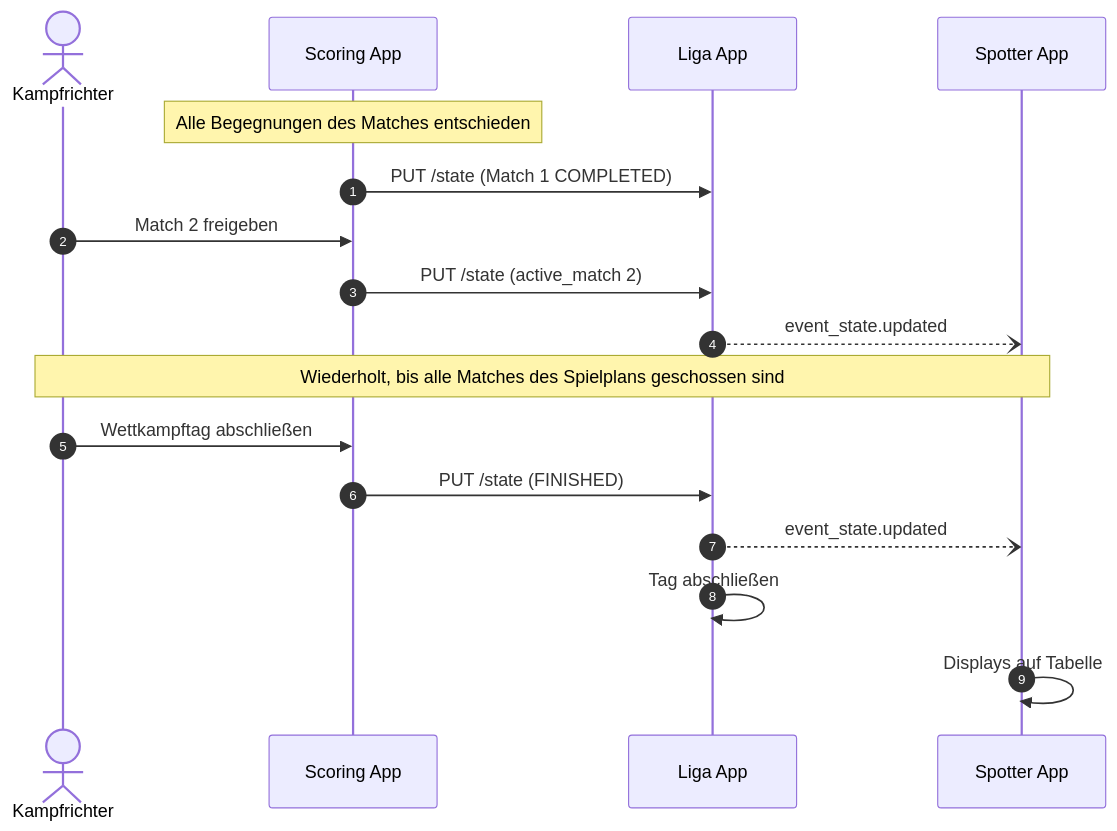
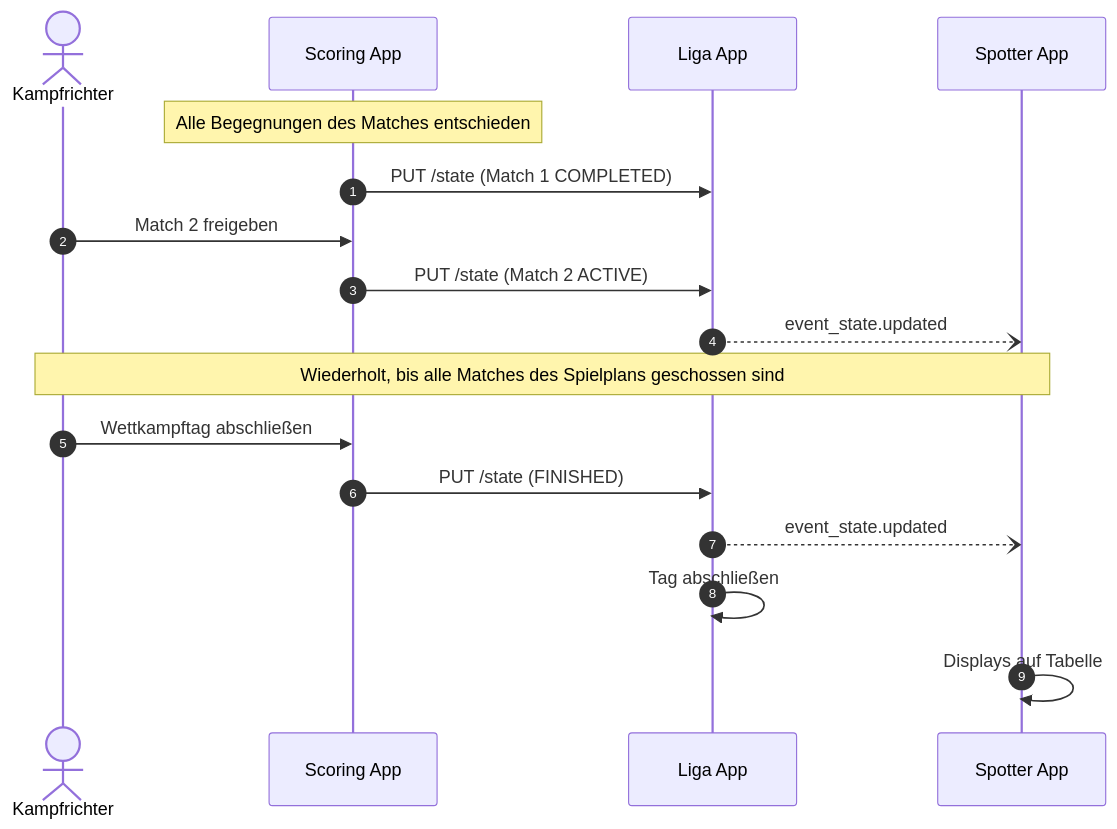
One commit to BSApp-DE/BowFlow changed the fourth of 6 diagrams in profiles/league/docs/03-wettkampftag.md. Above: the diagram before and after it, drawn with Mermaid. The commit also changed other lines of this file and 4 other files, not shown here.

First line of the commit message:
Remove redundant active_match from event state

````diff
--- a/profiles/league/docs/03-wettkampftag.md
+++ b/profiles/league/docs/03-wettkampftag.md
@@ -89,20 +89,20 @@
 ```mermaid
 sequenceDiagram
     autonumber
     actor KR as Kampfrichter
     participant S as Scoring App
     participant L as Liga App
     participant P as Spotter App
 
     Note over S: Alle Begegnungen des Matches entschieden
     S->>L: PUT /state (Match 1 COMPLETED)
     KR->>S: Match 2 freigeben
-    S->>L: PUT /state (active_match 2)
+    S->>L: PUT /state (Match 2 ACTIVE)
     L--)P: event_state.updated
     Note over KR,P: Wiederholt, bis alle Matches des Spielplans geschossen sind
     KR->>S: Wettkampftag abschließen
     S->>L: PUT /state (FINISHED)
     L--)P: event_state.updated
     L->>L: Tag abschließen
     P->>P: Displays auf Tabelle
 ```
````
